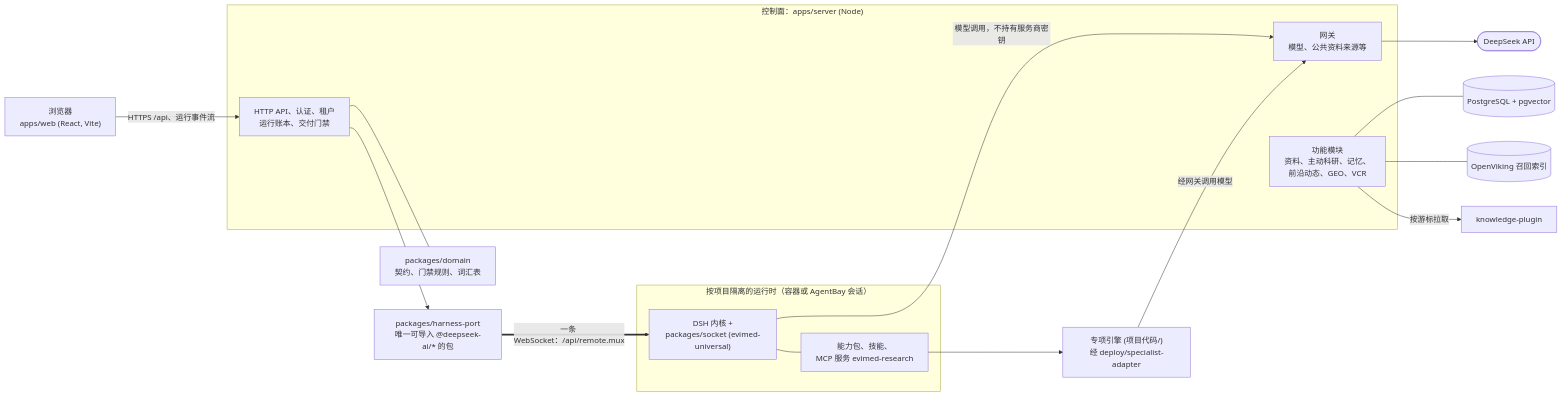
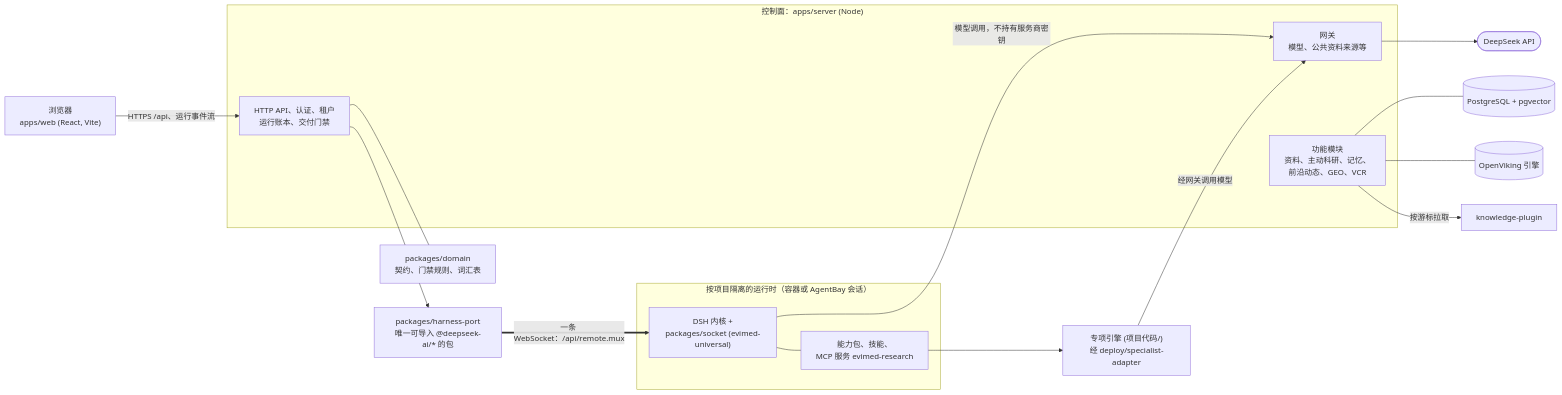
One commit to anonymous-temp/EviMed-Science changed the diagram in README.zh-CN.md. Above: the diagram before and after it, drawn with Mermaid. The commit also changed other lines of this file and 1 other file, not shown here.

Commit message:
docs: the front-door READMEs open with a general agent platform and describe OpenViking as the engine

````diff
--- a/README.zh-CN.md
+++ b/README.zh-CN.md
@@ -57,37 +59,37 @@
 ```mermaid
 flowchart LR
   B["浏览器<br/>apps/web (React, Vite)"]
 
   subgraph CP["控制面：apps/server (Node)"]
     API["HTTP API、认证、租户<br/>运行账本、交付门禁"]
     MOD["功能模块<br/>资料、主动科研、记忆、<br/>前沿动态、GEO、VCR"]
     GW["网关<br/>模型、公共资料来源等"]
   end
 
   DOM["packages/domain<br/>契约、门禁规则、词汇表"]
   PORT["packages/harness-port<br/>唯一可导入 @deepseek-ai/* 的包"]
 
   subgraph RT["按项目隔离的运行时（容器或 AgentBay 会话）"]
     K["DSH 内核 +<br/>packages/socket (evimed-universal)"]
     SK["能力包、技能、<br/>MCP 服务 evimed-research"]
   end
 
   ENG["专项引擎 (项目代码/)<br/>经 deploy/specialist-adapter"]
   DS(["DeepSeek API"])
   PG[("PostgreSQL + pgvector")]
-  OV[("OpenViking 召回索引")]
+  OV[("OpenViking 引擎")]
   KP["knowledge-plugin"]
 
   B -->|"HTTPS /api、运行事件流"| API
   API --- DOM
   API --> PORT
   PORT ==>|"一条 WebSocket：/api/remote.mux"| K
   K --- SK
   K -->|"模型调用，不持有服务商密钥"| GW
   GW --> DS
   SK --> ENG
   ENG -->|"经网关调用模型"| GW
   MOD --- PG
   MOD --- OV
   MOD -->|"按游标拉取"| KP
 ```
````
